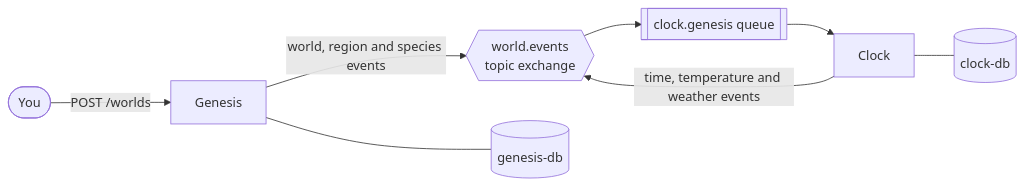
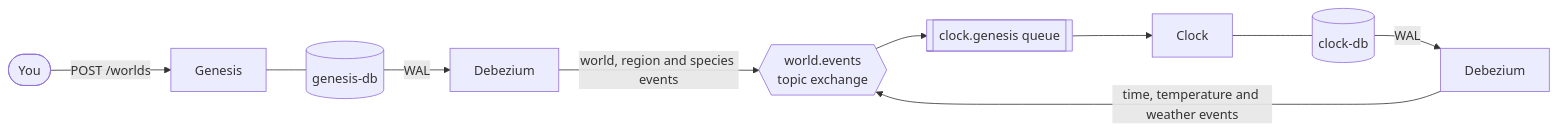
One commit to owainjhughes/world-simulator changed the diagram in README.md. Above: the diagram before and after it, drawn with Mermaid. The commit also changed other lines of this file and 13 other files, not shown here.

````diff
--- a/README.md
+++ b/README.md
@@ -7,10 +7,12 @@
 ```mermaid
 flowchart LR
     User([You]) -->|POST /worlds| Genesis
-    Genesis -->|world, region and species events| Exchange{{world.events<br/>topic exchange}}
+    Genesis --- GenesisDB[(genesis-db)]
+    Clock --- ClockDB[(clock-db)]
+    GenesisDB -->|WAL| DebeziumG[Debezium]
+    ClockDB -->|WAL| DebeziumC[Debezium]
+    DebeziumG -->|world, region and species events| Exchange{{world.events<br/>topic exchange}}
+    DebeziumC -->|time, temperature and weather events| Exchange
     Exchange --> ClockQueue[[clock.genesis queue]]
     ClockQueue --> Clock
-    Clock -->|time, temperature and weather events| Exchange
-    Genesis --- GenesisDB[(genesis-db)]
-    Clock --- ClockDB[(clock-db)]
 ```
````
